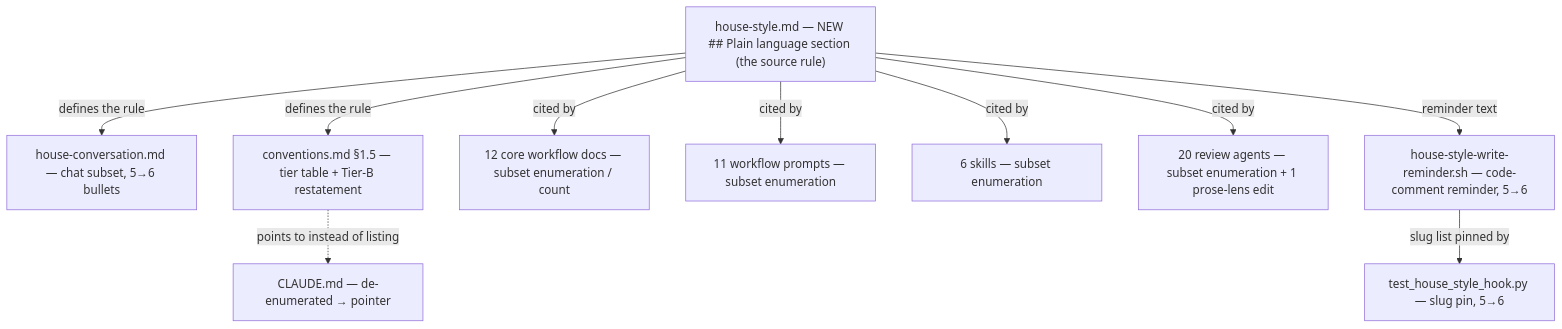
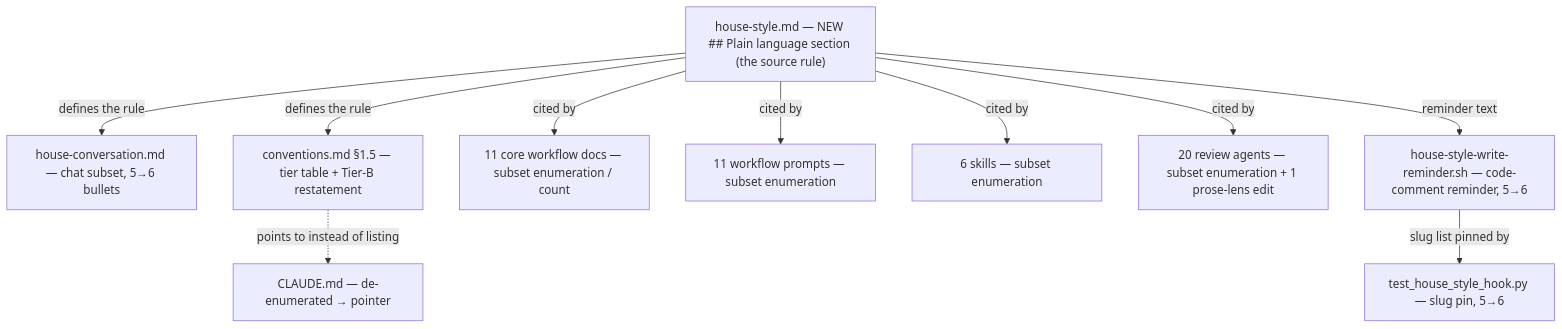
The diagram in docs/adr/mid-level-english/_workflow/implementation-plan.md (JetBrains/youtrackdb), drawn with Mermaid before and after one commit. The commit also changed other lines of this file and 5 other files, not shown here.

````diff
--- a/docs/adr/mid-level-english/_workflow/implementation-plan.md
+++ b/docs/adr/mid-level-english/_workflow/implementation-plan.md
@@ -27,23 +27,23 @@
 ```mermaid
 flowchart TD
     HS["house-style.md — NEW ## Plain language section (the source rule)"]
     HC["house-conversation.md — chat subset, 5→6 bullets"]
     C15["conventions.md §1.5 — tier table + Tier-B restatement"]
-    CD["12 core workflow docs — subset enumeration / count"]
+    CD["11 core workflow docs — subset enumeration / count"]
     PR["11 workflow prompts — subset enumeration"]
     SK["6 skills — subset enumeration"]
     AG["20 review agents — subset enumeration + 1 prose-lens edit"]
     HOOK["house-style-write-reminder.sh — code-comment reminder, 5→6"]
     TEST["test_house_style_hook.py — slug pin, 5→6"]
     CM["CLAUDE.md — de-enumerated → pointer"]
 
     HS -->|defines the rule| HC
     HS -->|defines the rule| C15
     HS -->|cited by| CD
     HS -->|cited by| PR
     HS -->|cited by| SK
     HS -->|cited by| AG
     HS -->|reminder text| HOOK
     HOOK -->|slug list pinned by| TEST
     C15 -.->|points to instead of listing| CM
 ```
````
